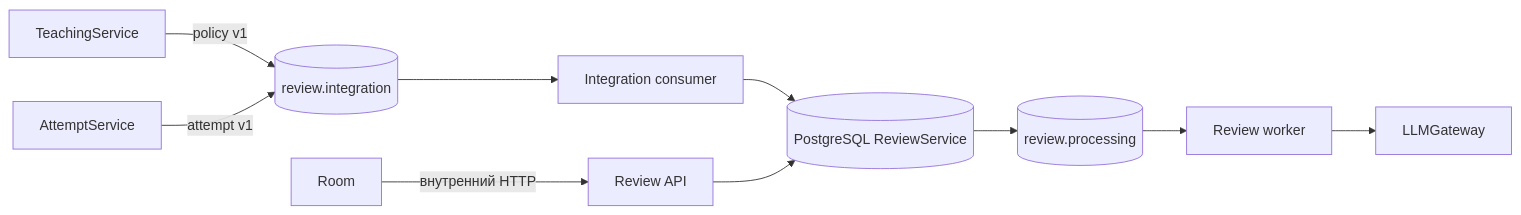
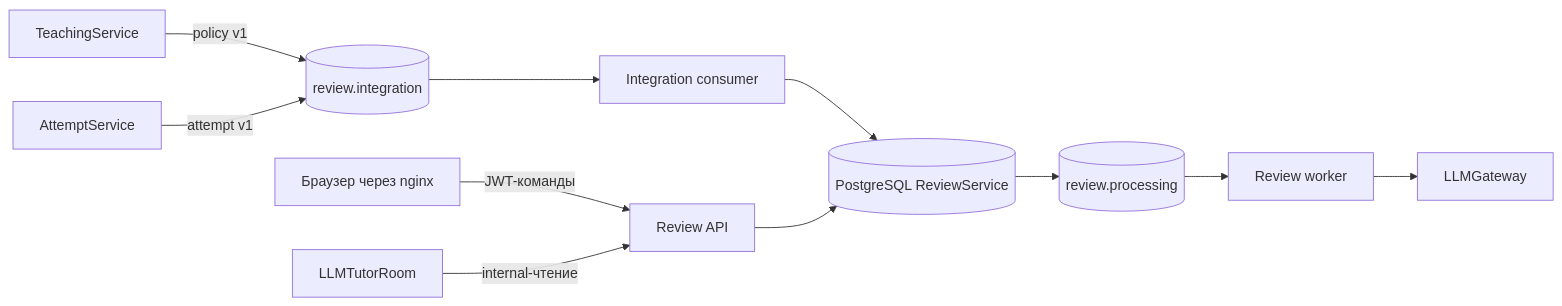
Before and after one commit to KomaMix/LLMTutorRoom: the first of 3 diagrams in docs/review-service.md, drawn with Mermaid. The commit also changed other lines of this file and 34 other files, not shown here.

````diff
--- a/docs/review-service.md
+++ b/docs/review-service.md
@@ -19,12 +19,13 @@
 ```mermaid
 flowchart LR
     Teaching[TeachingService] -->|policy v1| Integration[(review.integration)]
     Attempt[AttemptService] -->|attempt v1| Integration
     Integration --> Consumer[Integration consumer]
     Consumer --> DB[(PostgreSQL ReviewService)]
     DB --> Work[(review.processing)]
     Work --> Processor[Review worker]
     Processor --> Gateway[LLMGateway]
-    Room -->|внутренний HTTP| API[Review API]
+    Browser[Браузер через nginx] -->|JWT-команды| API[Review API]
+    Room[LLMTutorRoom] -->|internal-чтение| API
     API --> DB
 ```
````
